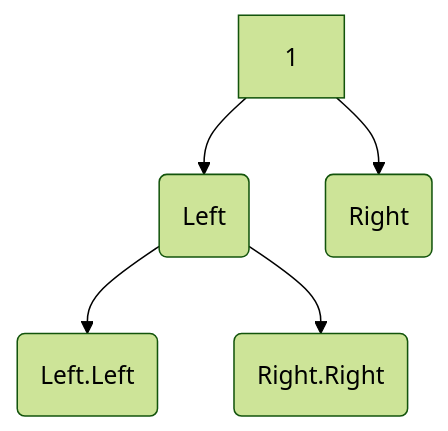
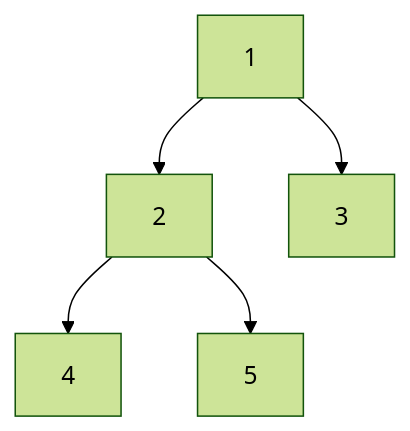
The diagram in amazon_prep/easy/08_diameter_of_binary_tree/problem.md (abdielreyes/algorithms_n_data_structures), drawn with Mermaid (forest theme) before and after one commit.

Commit message:
feat: added many problems

````diff
--- a/amazon_prep/easy/08_diameter_of_binary_tree/problem.md
+++ b/amazon_prep/easy/08_diameter_of_binary_tree/problem.md
@@ -10,8 +10,8 @@
 ```mermaid
 graph TD;
-    1 --> 2("Left")
-    1 --> 3("Right")
-    2 --> 4("Left.Left")
-    2 --> 5("Right.Right")
+    1 --> 2
+    1 --> 3
+    2 --> 4
+    2 --> 5
 
 ```
````
